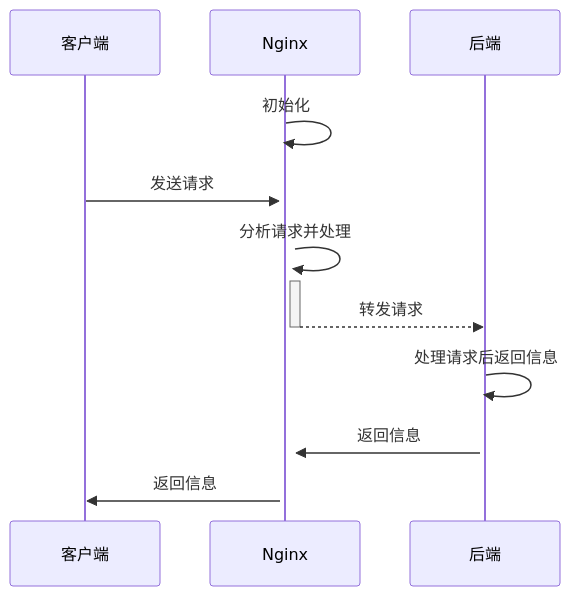
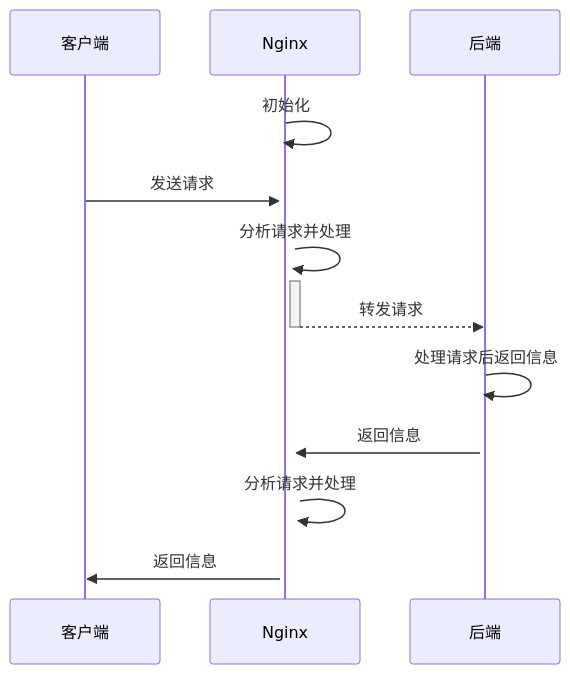
One commit to HY-10-8/iodraw-files changed the diagram in all/未命名-7.md. Above: the diagram before and after it, drawn with Mermaid.

Commit message:
2026-11-18 11:19:47 update

````diff
--- a/all/未命名-7.md
+++ b/all/未命名-7.md
@@ -1,13 +1,14 @@
 ```mermaid
 sequenceDiagram
     participant 客户端
     participant Nginx
     participant 后端
     Nginx->>+Nginx: 初始化
     客户端->>+Nginx: 发送请求
     Nginx->>+Nginx: 分析请求并处理
     Nginx-->>-后端: 转发请求
     后端->>+后端: 处理请求后返回信息
     后端->>+Nginx: 返回信息
+    Nginx->>+Nginx: 分析请求并处理
     Nginx->>客户端: 返回信息
 ```
````
